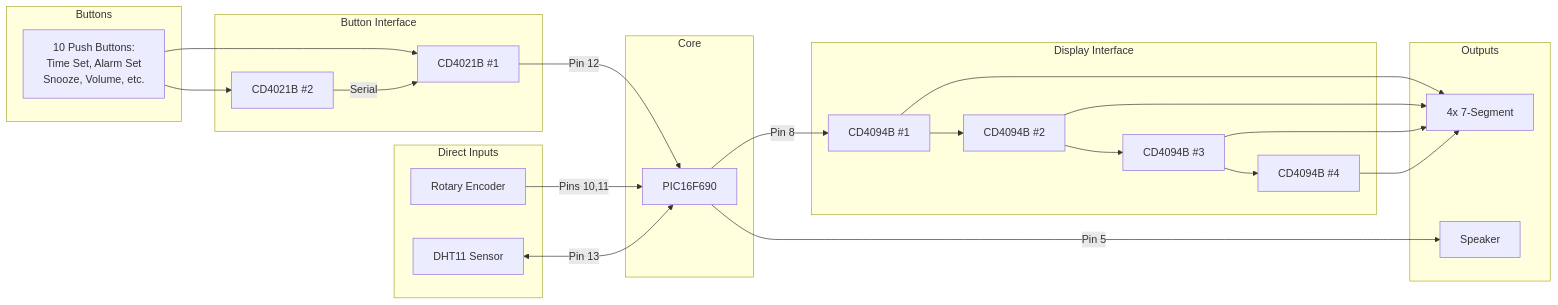
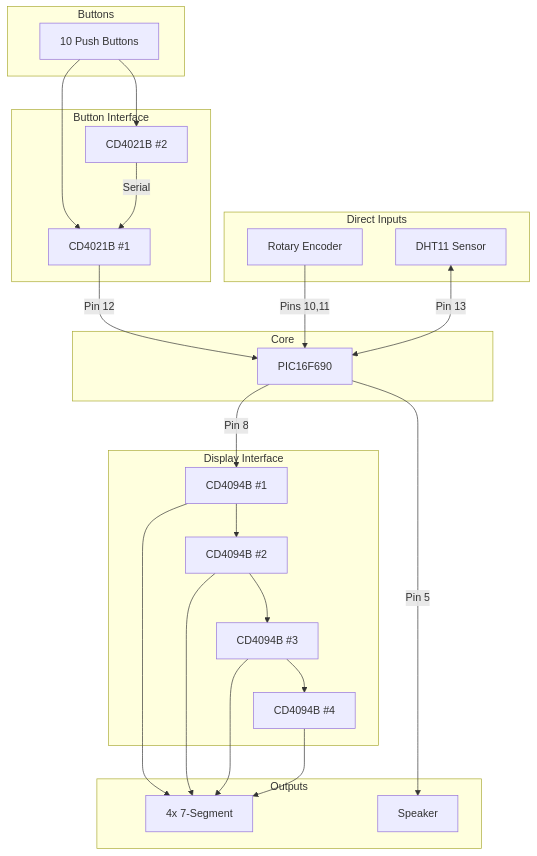
The diagram in README.md (Sarix1/picclock), drawn with Mermaid before and after one commit. The commit also changed other lines of this file, not shown here.

````diff
--- a/README.md
+++ b/README.md
@@ -303,52 +162,52 @@
 ```mermaid
-graph LR
+graph TD
     subgraph "Buttons"
-        BTN[10 Push Buttons:<br/>Time Set, Alarm Set<br/>Snooze, Volume, etc.]
+        BTN[10 Push Buttons]
     end
     
     subgraph "Direct Inputs"
         ENC[Rotary Encoder]
         DHT[DHT11 Sensor]
     end
     
     subgraph "Button Interface"
         PISO2[CD4021B #2]
         PISO1[CD4021B #1]
     end
     
     subgraph "Core"
         PIC[PIC16F690]
     end
     
     subgraph "Display Interface"
         SIPO1[CD4094B #1]
         SIPO2[CD4094B #2]
         SIPO3[CD4094B #3]
         SIPO4[CD4094B #4]
     end
     
     subgraph "Outputs"
         SEG[4x 7-Segment]
         SPK[Speaker]
     end
     
     BTN --> PISO2
     BTN --> PISO1
     PISO2 -->|Serial| PISO1
     PISO1 -->|Pin 12| PIC
     
     ENC -->|Pins 10,11| PIC
     DHT <-->|Pin 13| PIC
     
     PIC -->|Pin 8| SIPO1
     SIPO1 --> SIPO2
     SIPO2 --> SIPO3
     SIPO3 --> SIPO4
     
     SIPO1 --> SEG
     SIPO2 --> SEG
     SIPO3 --> SEG
     SIPO4 --> SEG
     
     PIC -->|Pin 5| SPK
 ```
````
